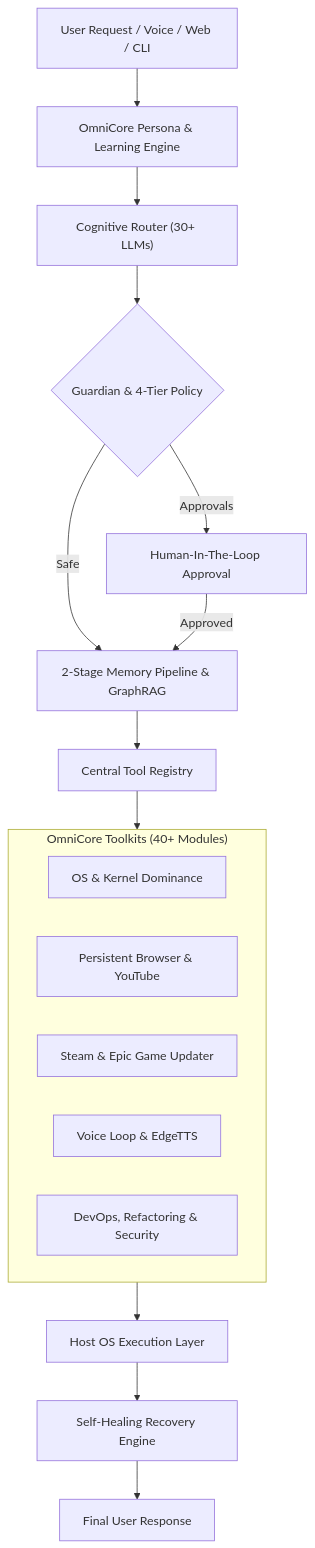
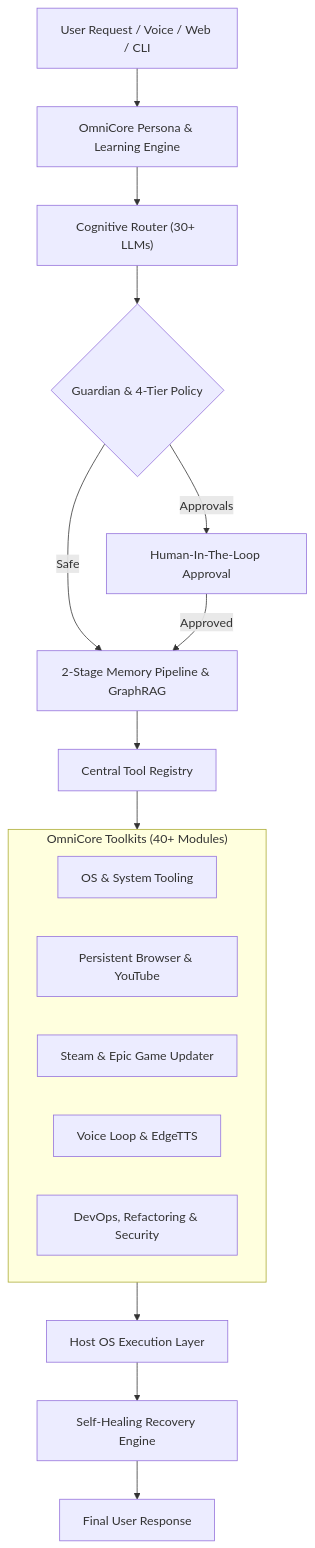
The second of 2 diagrams in README.md (MrSpy00/OmniCore), drawn with Mermaid before and after one commit. The commit also changed other lines of this file and 1 other file, not shown here.

````diff
--- a/README.md
+++ b/README.md
@@ -238,23 +240,23 @@
 ```mermaid
 flowchart TD
     User["User Request / Voice / Web / CLI"] --> Persona["OmniCore Persona & Learning Engine"]
     Persona --> Router["Cognitive Router (30+ LLMs)"]
     Router --> Policy{"Guardian & 4-Tier Policy"}
     Policy -- Safe --> Memory["2-Stage Memory Pipeline & GraphRAG"]
     Policy -- Approvals --> HITL["Human-In-The-Loop Approval"]
     HITL -- Approved --> Memory
     Memory --> ToolReg["Central Tool Registry"]
 
     subgraph Toolkits ["OmniCore Toolkits (40+ Modules)"]
-        T1["OS & Kernel Dominance"]
+        T1["OS & System Tooling"]
         T2["Persistent Browser & YouTube"]
         T3["Steam & Epic Game Updater"]
         T4["Voice Loop & EdgeTTS"]
         T5["DevOps, Refactoring & Security"]
     end
 
     ToolReg --> Toolkits
     Toolkits --> Exec["Host OS Execution Layer"]
     Exec --> Recovery["Self-Healing Recovery Engine"]
     Recovery --> Res["Final User Response"]
 ```
````
